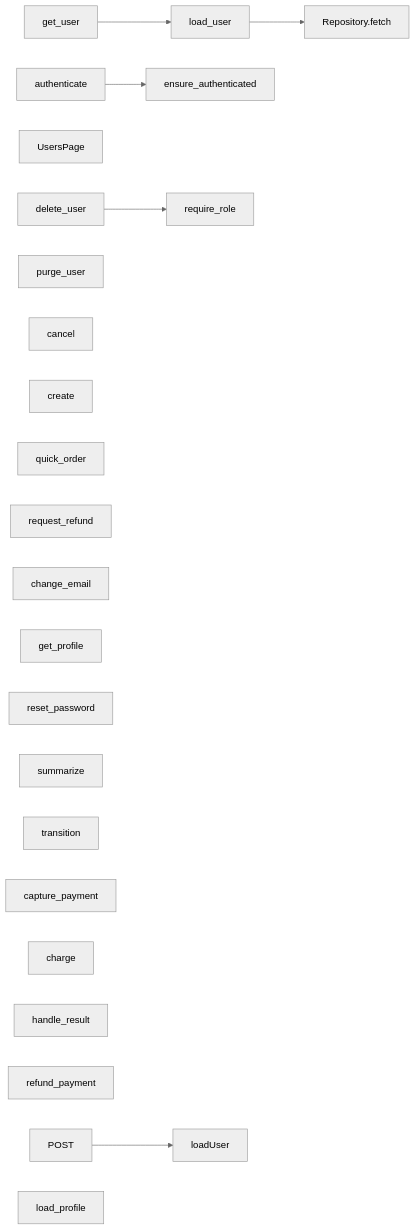
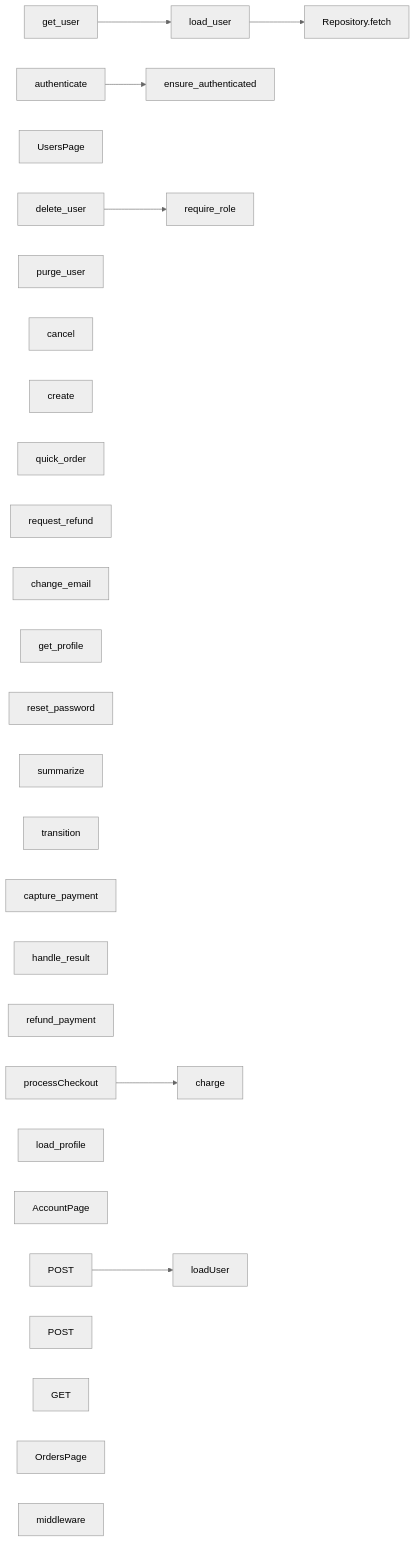
The first of 32 diagrams in logicchart-out/logic-flow.md (ferdinandobons/CodeDebrief), drawn with Mermaid (neutral theme) before and after one commit. The commit also changed other lines of this file and 17 other files, not shown here.

````diff
--- a/logicchart-out/logic-flow.md
+++ b/logicchart-out/logic-flow.md
@@ -13,33 +13,40 @@
 ```mermaid
 flowchart LR
   mflow_f6e3d6b7fe12b83f["get_user"]
   mflow_f35a3698106b0817["load_user"]
   mflow_f74e7243a59c82e6["POST"]
   mflow_75546b2685371cc9["UsersPage"]
   mflow_22d844fbd2f31cd3["delete_user"]
   mflow_83e56dcea5b74bf9["purge_user"]
   mflow_1128bc0f809cd8d6["cancel"]
   mflow_f482b3026e3ea072["create"]
   mflow_4143ee18aecc0353["quick_order"]
   mflow_08a786dcbded8185["request_refund"]
   mflow_bf4bdbe9cee93085["change_email"]
   mflow_694730b8745d57de["get_profile"]
   mflow_836bfa1aef528de0["reset_password"]
   mflow_92971030a65d1410["ensure_authenticated"]
   mflow_93e6edefb10af9c5["require_role"]
   mflow_cfef4e8dba6238fd["summarize"]
   mflow_4e833d53a700855c["transition"]
   mflow_3b15514408bbb3ee["capture_payment"]
   mflow_3fb7f77aa3ec9fd5["charge"]
   mflow_d8c77f3ddc158387["handle_result"]
   mflow_7dfa5d0eac72e588["refund_payment"]
   mflow_c00fda52066729a3["authenticate"]
   mflow_68e9ed308389b179["load_profile"]
+  mflow_aff7a7b992bc22b9["AccountPage"]
+  mflow_f9ae842409a8d60d["processCheckout"]
+  mflow_484f0b6804aa2ba6["POST"]
+  mflow_082b27af25998831["GET"]
+  mflow_a14422f6dd2875d3["OrdersPage"]
+  mflow_288c098a2caf8a7a["middleware"]
   mflow_f6e3d6b7fe12b83f --> mflow_f35a3698106b0817
   mflow_6306314dcc318fc3["Repository.fetch"]
   mflow_f35a3698106b0817 --> mflow_6306314dcc318fc3
   mflow_5c518b0f2169bf38["loadUser"]
   mflow_f74e7243a59c82e6 --> mflow_5c518b0f2169bf38
   mflow_22d844fbd2f31cd3 --> mflow_93e6edefb10af9c5
   mflow_c00fda52066729a3 --> mflow_92971030a65d1410
+  mflow_f9ae842409a8d60d --> mflow_3fb7f77aa3ec9fd5
 ```
````
